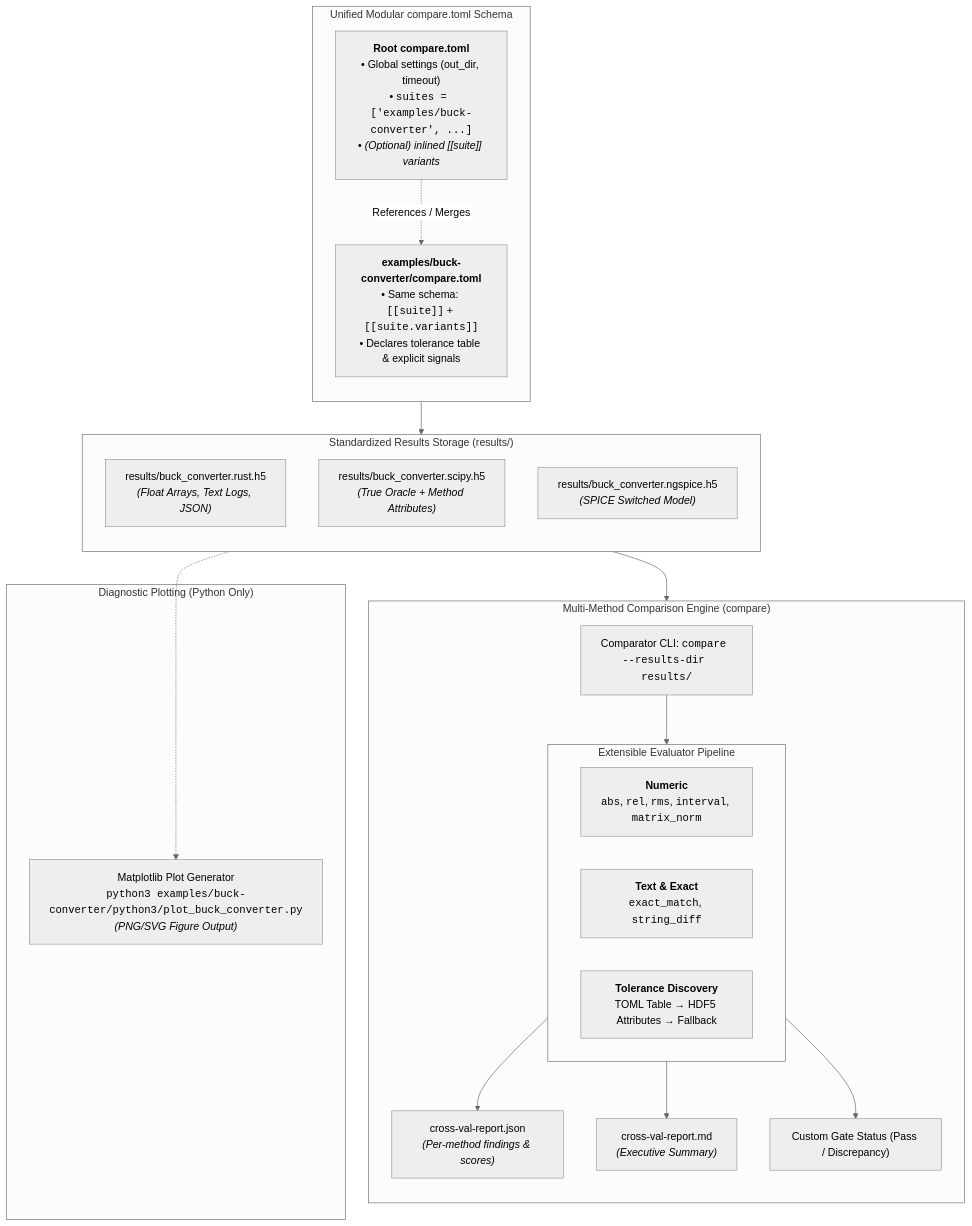
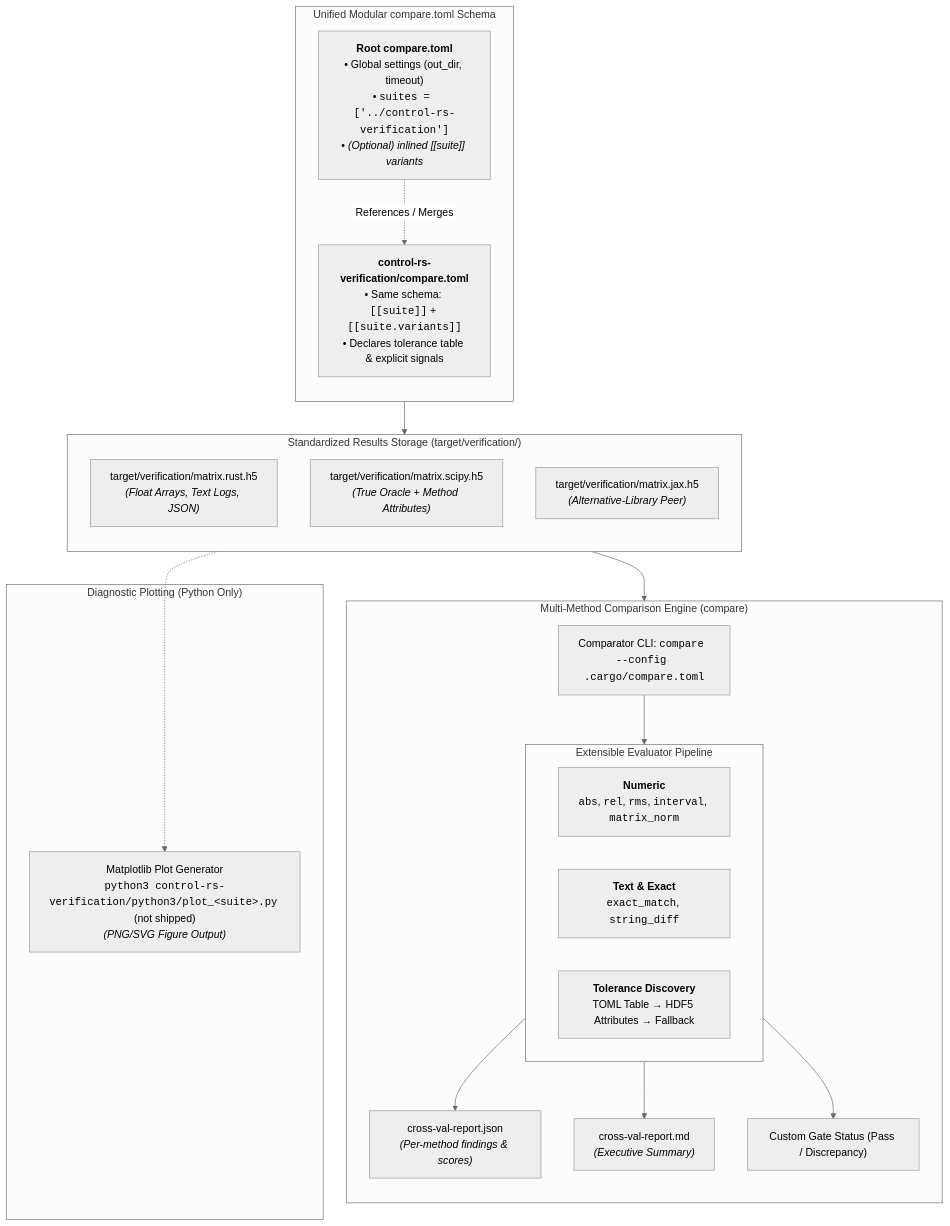
The diagram in documentation/vv/cross-compare-design.md (Dyse-Industries/control-rs), drawn with Mermaid (neutral theme) before and after one commit. The commit also changed other lines of this file and 80 other files, not shown here.

````diff
--- a/documentation/vv/cross-compare-design.md
+++ b/documentation/vv/cross-compare-design.md
@@ -130,41 +133,41 @@
 ```mermaid
 flowchart TD
     subgraph Config["Unified Modular compare.toml Schema"]
         direction TB
-        RootTOML["<b>Root compare.toml</b><br/>• Global settings (out_dir, timeout)<br/>• <code>suites = ['examples/buck-converter', ...]</code><br/>• <i>(Optional) inlined [[suite]] variants</i>"]
-        SuiteTOML["<b>examples/buck-converter/compare.toml</b><br/>• Same schema: <code>[[suite]]</code> + <code>[[suite.variants]]</code><br/>• Declares tolerance table & explicit signals"]
+        RootTOML["<b>Root compare.toml</b><br/>• Global settings (out_dir, timeout)<br/>• <code>suites = ['../control-rs-verification']</code><br/>• <i>(Optional) inlined [[suite]] variants</i>"]
+        SuiteTOML["<b>control-rs-verification/compare.toml</b><br/>• Same schema: <code>[[suite]]</code> + <code>[[suite.variants]]</code><br/>• Declares tolerance table & explicit signals"]
         RootTOML -. References / Merges .-> SuiteTOML
     end
 
-    subgraph Storage["Standardized Results Storage (results/)"]
+    subgraph Storage["Standardized Results Storage (target/verification/)"]
         direction TB
-        RustH5["results/buck_converter.rust.h5<br/><i>(Float Arrays, Text Logs, JSON)</i>"]
-        OracleH5["results/buck_converter.scipy.h5<br/><i>(True Oracle + Method Attributes)</i>"]
-        PeerH5["results/buck_converter.ngspice.h5<br/><i>(SPICE Switched Model)</i>"]
+        RustH5["target/verification/matrix.rust.h5<br/><i>(Float Arrays, Text Logs, JSON)</i>"]
+        OracleH5["target/verification/matrix.scipy.h5<br/><i>(True Oracle + Method Attributes)</i>"]
+        PeerH5["target/verification/matrix.jax.h5<br/><i>(Alternative-Library Peer)</i>"]
     end
 
     subgraph Comparison["Multi-Method Comparison Engine (compare)"]
         direction TB
         subgraph Evaluators["Extensible Evaluator Pipeline"]
             NumEval["<b>Numeric</b><br/><code>abs</code>, <code>rel</code>, <code>rms</code>, <code>interval</code>, <code>matrix_norm</code>"]
             TextEval["<b>Text & Exact</b><br/><code>exact_match</code>, <code>string_diff</code>"]
             TolDiscovery["<b>Tolerance Discovery</b><br/>TOML Table &rarr; HDF5 Attributes &rarr; Fallback"]
         end
-        CompareEngine["Comparator CLI: <code>compare --results-dir results/</code>"]
+        CompareEngine["Comparator CLI: <code>compare --config .cargo/compare.toml</code>"]
         ReportJSON["cross-val-report.json<br/><i>(Per-method findings & scores)</i>"]
         ReportMD["cross-val-report.md<br/><i>(Executive Summary)</i>"]
         GateVerdict["Custom Gate Status (Pass / Discrepancy)"]
     end
 
     subgraph Diagnostics["Diagnostic Plotting (Python Only)"]
-        MatplotlibPlots["Matplotlib Plot Generator<br/><code>python3 examples/buck-converter/python3/plot_buck_converter.py</code><br/><i>(PNG/SVG Figure Output)</i>"]
+        MatplotlibPlots["Matplotlib Plot Generator<br/><code>python3 control-rs-verification/python3/plot_&lt;suite&gt;.py</code> (not shipped)<br/><i>(PNG/SVG Figure Output)</i>"]
     end
 
     Config --> Storage
     Storage --> CompareEngine
     CompareEngine --> Evaluators
     Evaluators --> ReportJSON
     Evaluators --> ReportMD
     Evaluators --> GateVerdict
     Storage -.-> MatplotlibPlots
 ```
````
